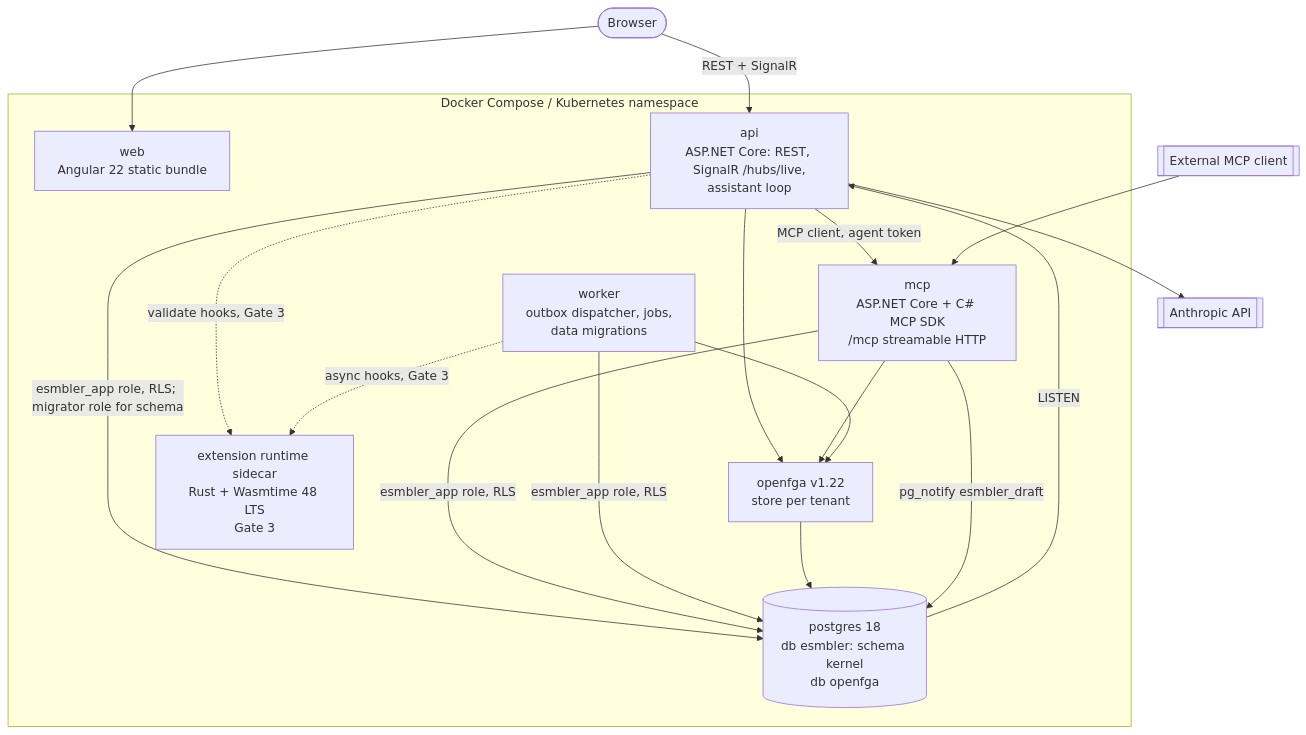
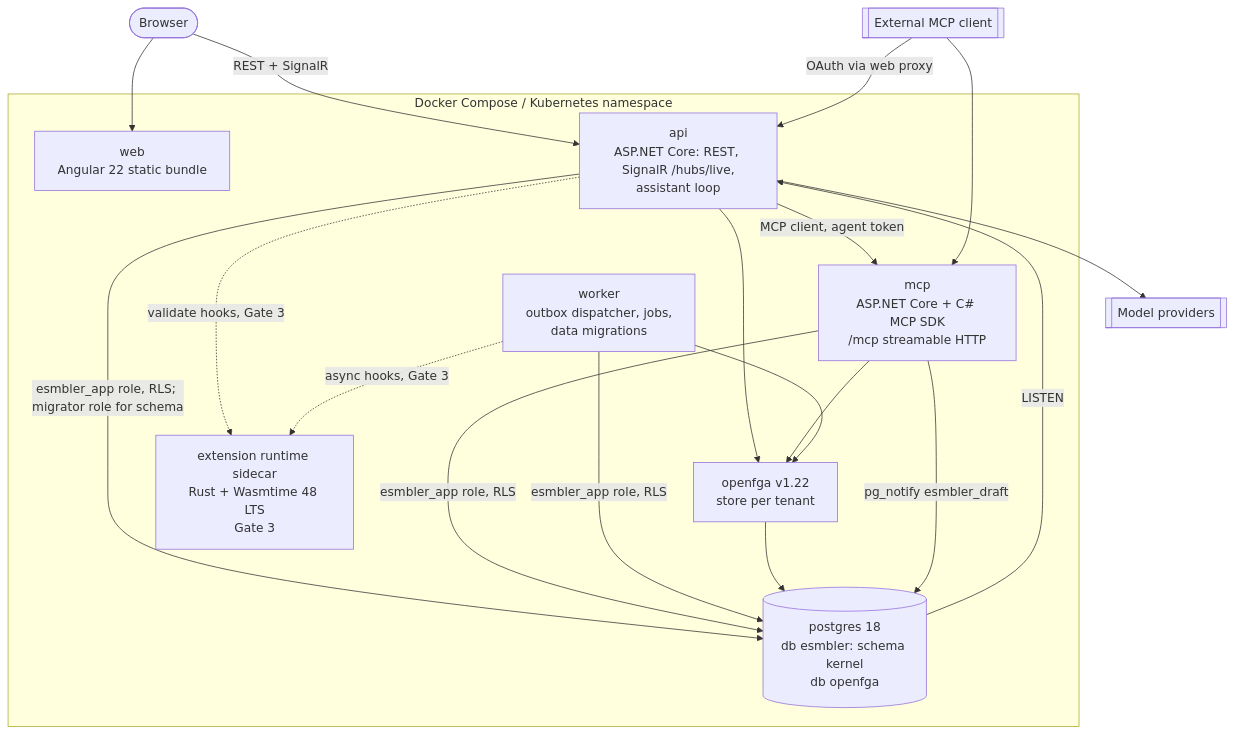
One commit to DeadEndGG/esmbler changed the second of 7 diagrams in docs/architecture/overview.md. Above: the diagram before and after it, drawn with Mermaid. The commit also changed other lines of this file and 15 other files, not shown here.

````diff
--- a/docs/architecture/overview.md
+++ b/docs/architecture/overview.md
@@ -74,32 +74,33 @@
 ```mermaid
 flowchart TB
     browser([Browser])
     subgraph compose[Docker Compose / Kubernetes namespace]
         web[web<br/>Angular 22 static bundle]
         api[api<br/>ASP.NET Core: REST, SignalR /hubs/live,<br/>assistant loop]
         mcp[mcp<br/>ASP.NET Core + C# MCP SDK<br/>/mcp streamable HTTP]
         worker[worker<br/>outbox dispatcher, jobs,<br/>data migrations]
         pg[(postgres 18<br/>db esmbler: schema kernel<br/>db openfga)]
         fga[openfga v1.22<br/>store per tenant]
         ext[extension runtime sidecar<br/>Rust + Wasmtime 48 LTS<br/>Gate 3]
     end
-    claude[[Anthropic API]]
+    claude[[Model providers]]
     extclient[[External MCP client]]
 
     browser --> web
     browser -- REST + SignalR --> api
     api -- MCP client, agent token --> mcp
     api --> claude
     extclient --> mcp
+    extclient -- OAuth via web proxy --> api
     api -- esmbler_app role, RLS; migrator role for schema --> pg
     mcp -- esmbler_app role, RLS --> pg
     worker -- esmbler_app role, RLS --> pg
     api --> fga
     mcp --> fga
     worker --> fga
     fga --> pg
     api -. validate hooks, Gate 3 .-> ext
     worker -. async hooks, Gate 3 .-> ext
     mcp -- pg_notify esmbler_draft --> pg
     pg -- LISTEN --> api
 ```
````
